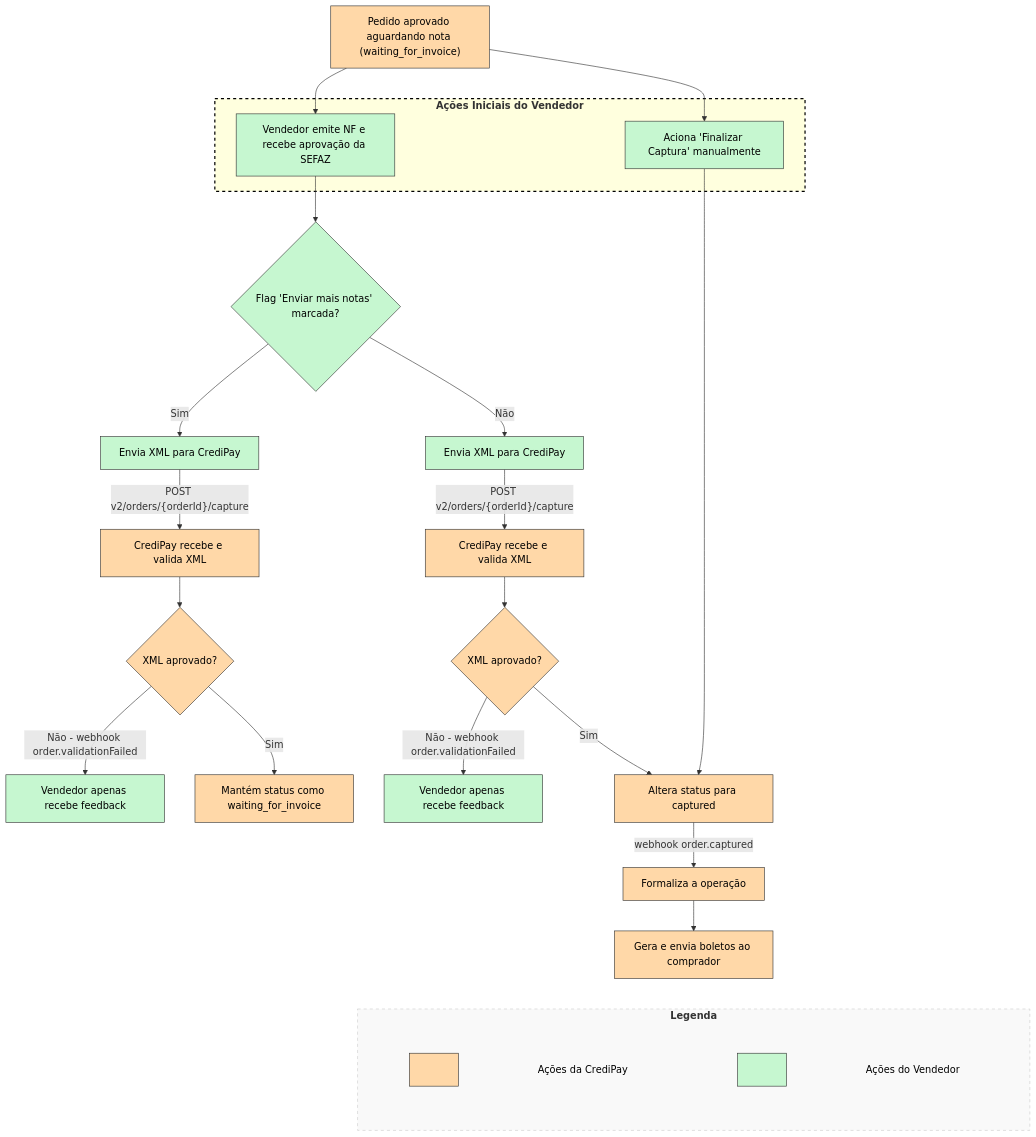
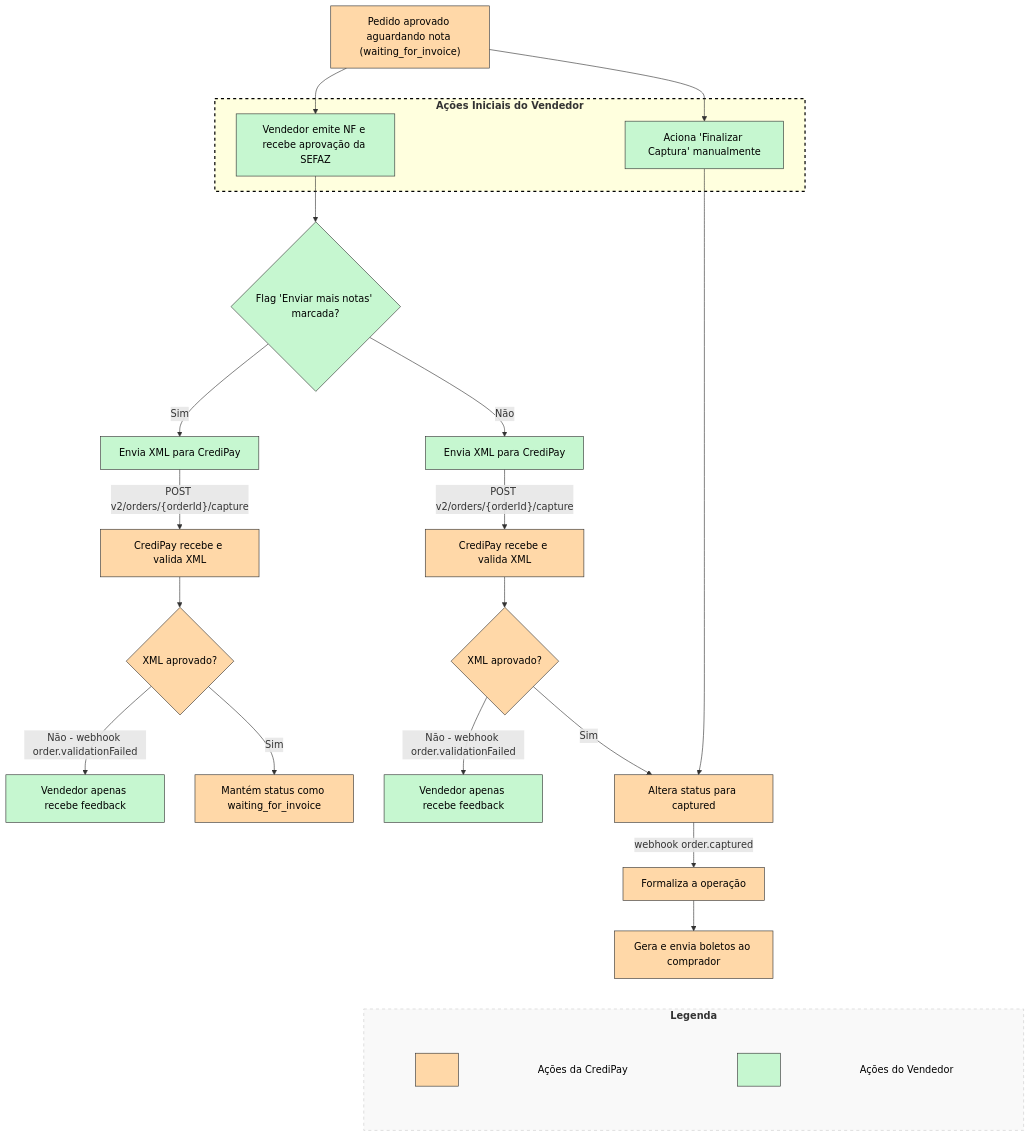
The diagram in docs/INTEGRAÇÃO COMPLETA/módulos-de-integração-1/adicional-múltiplas-notas-fiscais-por-pedido.md (credix-finance/credipay-rdme-docs), drawn with Mermaid before and after one commit.

Commit message:
Update doc `adicional-múltiplas-notas-fiscais-por-pedido`

```diff
--- a/docs/INTEGRAÇÃO COMPLETA/módulos-de-integração-1/adicional-múltiplas-notas-fiscais-por-pedido.md
+++ b/docs/INTEGRAÇÃO COMPLETA/módulos-de-integração-1/adicional-múltiplas-notas-fiscais-por-pedido.md
@@ -53,13 +53,13 @@
         %% Linha 1: Vendedor (invisível, força alinhamento horizontal)
         subgraph row1 [" "]
             direction LR
-            b1["&nbsp;&nbsp;&nbsp;&nbsp;"]:::vendedor ~~~ t1["Ações do Vendedor"]:::textoLegenda
+            b1["&nbsp;&nbsp;"]:::vendedor ~~~ t1["Ações do Vendedor"]:::textoLegenda
         end
         
         %% Linha 2: CrediPay (invisível, força alinhamento horizontal)
         subgraph row2 [" "]
             direction LR
-            b2["&nbsp;&nbsp;&nbsp;&nbsp;"]:::credipay ~~~ t2["Ações da CrediPay"]:::textoLegenda
+            b2["&nbsp;&nbsp;"]:::credipay ~~~ t2["Ações da CrediPay"]:::textoLegenda
         end
     end
 
```
